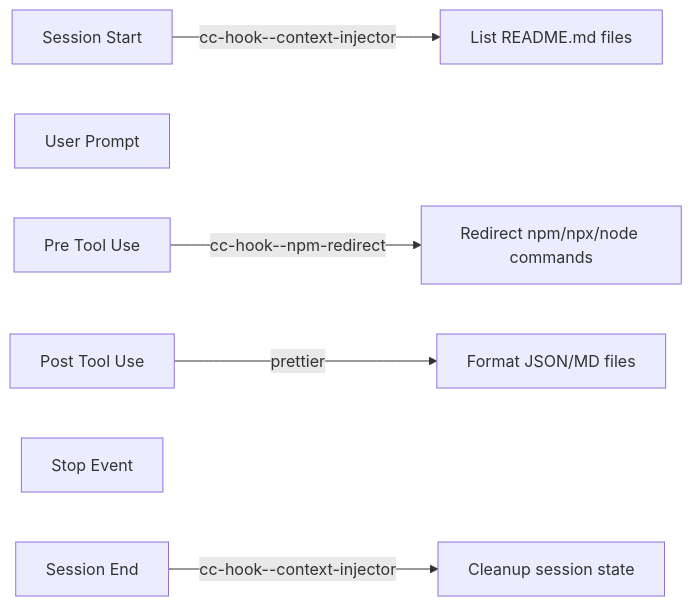
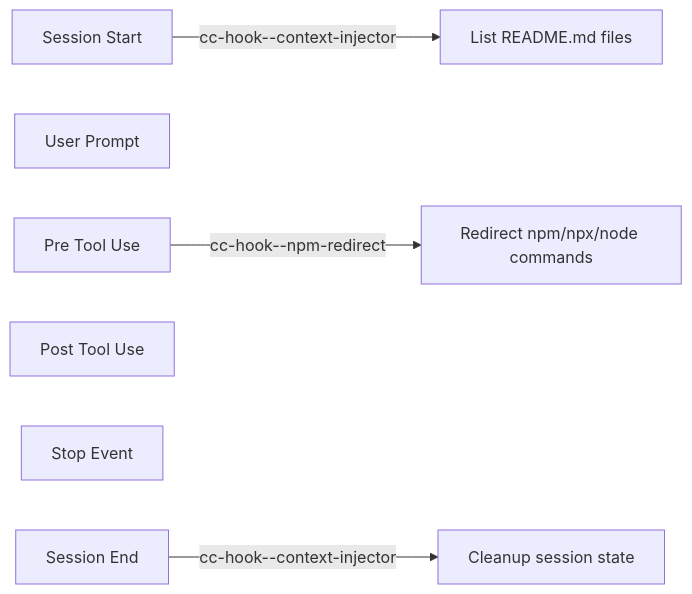
Before and after one commit to codethread/PersonalConfigs: the first of 3 diagrams in claude/README.md, drawn with Mermaid. The commit also changed other lines of this file, not shown here.

````diff
--- a/claude/README.md
+++ b/claude/README.md
@@ -18,9 +18,9 @@
 ```mermaid
 graph LR
     Start[Session Start] -->|cc-hook--context-injector| Init[List README.md files]
     UserPrompt[User Prompt]
     PreTool[Pre Tool Use] -->|cc-hook--npm-redirect| NPM[Redirect npm/npx/node commands]
-    PostTool[Post Tool Use] -->|prettier| Format[Format JSON/MD files]
+    PostTool[Post Tool Use]
     Stop[Stop Event]
     End[Session End] -->|cc-hook--context-injector| Cleanup[Cleanup session state]
 ```
````
